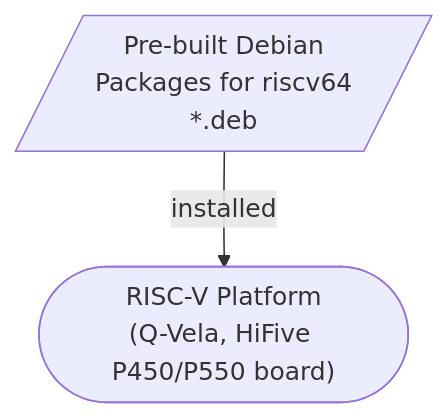
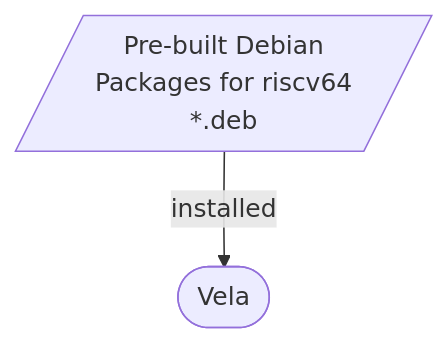
One commit to junho-falinux/vela-ros changed the diagram in README.md. Above: the diagram before and after it, drawn with Mermaid.

````diff
--- a/README.md
+++ b/README.md
@@ -11,9 +11,9 @@
 ```mermaid
 flowchart TB
     DEBS[/"Pre-built Debian<br/> Packages for riscv64<br/> *.deb"/]
-
-    ENV(["RISC-V Platform<br/>(Q-Vela, HiFive P450/P550 board)"])
+    click DEBS href "https://github.com/riscv-vela/vela-ros/blob/noble/built-packages.md" "prebuilt packages"
+    ENV(["Vela"])
     click ENV href "https://github.com/riscv-vela/vela" "Vela repository"
 
     DEBS -->|"installed"| ENV
 ```
````
